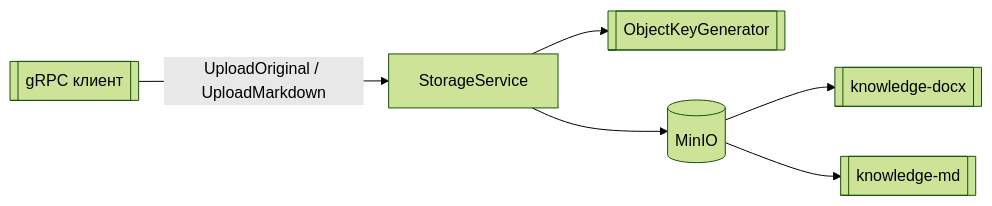
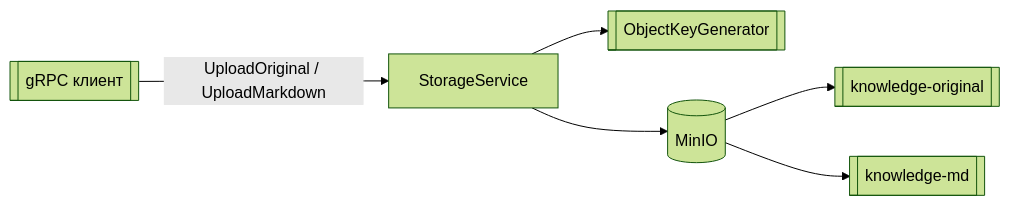
Before and after one commit to FedorovTeam/mono-repo: the first of 2 diagrams in backend/storage-service/diagrams.md, drawn with Mermaid (forest theme). The commit also changed 18 other files, not shown here.

````diff
--- a/backend/storage-service/diagrams.md
+++ b/backend/storage-service/diagrams.md
@@ -4,8 +4,8 @@
 ```mermaid
 flowchart LR
   Client[[gRPC клиент]] -->|UploadOriginal / UploadMarkdown| StorageService
   StorageService --> KeyGen[[ObjectKeyGenerator]]
   StorageService --> MinIO[(MinIO)]
-  MinIO --> Bucket1[[knowledge-docx]]
+  MinIO --> Bucket1[[knowledge-original]]
   MinIO --> Bucket2[[knowledge-md]]
 ```
````
